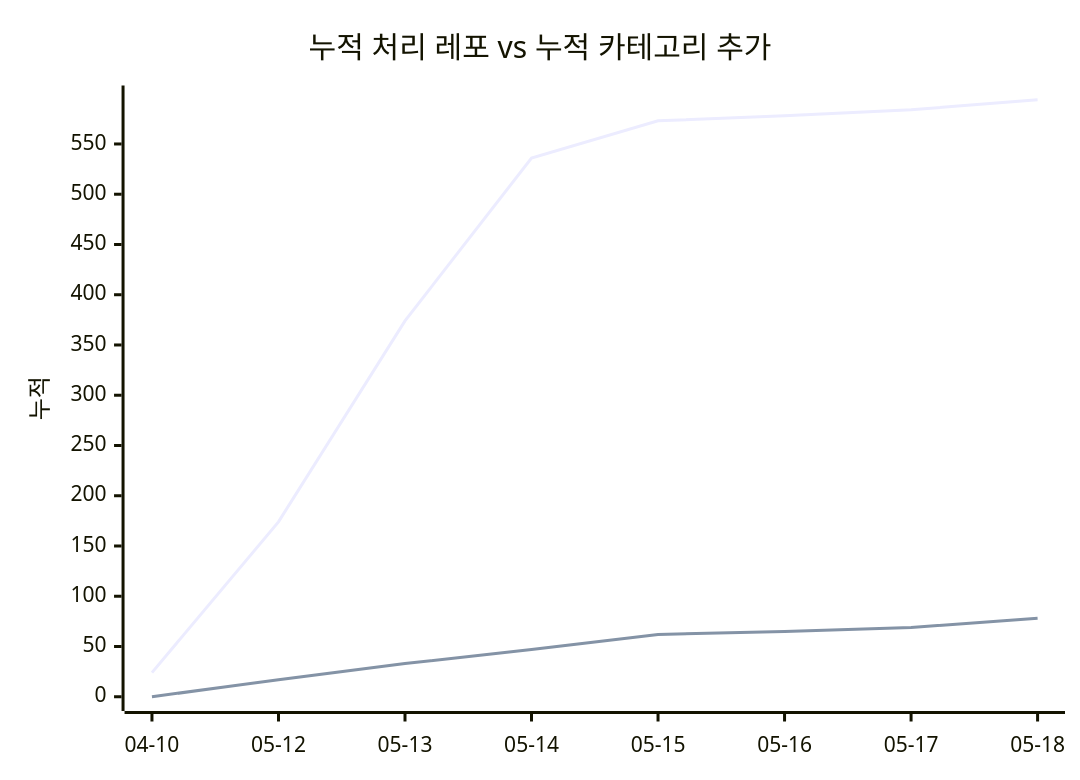
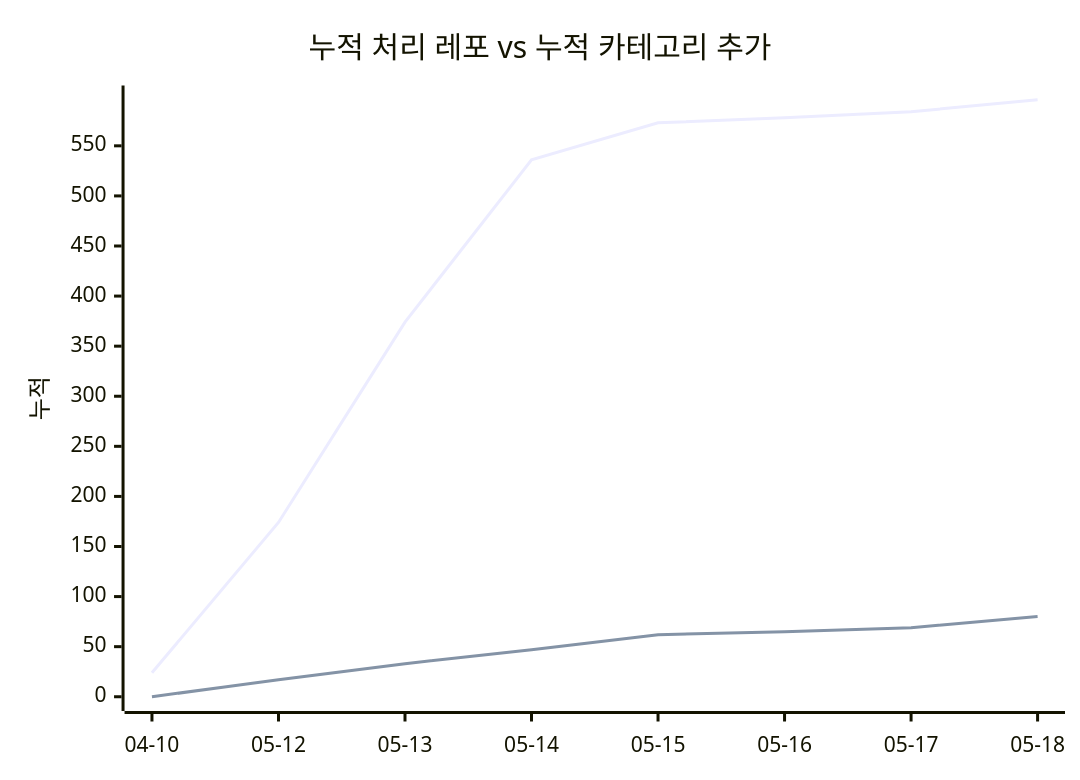
Before and after one commit to J-nowcow/awesome-korean-agent-skills: the second of 2 diagrams in docs/trends.md, drawn with Mermaid. The commit also changed other lines of this file and 5 other files, not shown here.

````diff
--- a/docs/trends.md
+++ b/docs/trends.md
@@ -62,8 +62,8 @@
 ```mermaid
 xychart-beta
     title "누적 처리 레포 vs 누적 카테고리 추가"
     x-axis ["04-10","05-12","05-13","05-14","05-15","05-16","05-17","05-18"]
     y-axis "누적"
-    line [24,174,374,536,573,578,584,594]
-    line [0,17,33,47,62,65,69,78]
+    line [24,174,374,536,573,578,584,596]
+    line [0,17,33,47,62,65,69,80]
 ```
````
